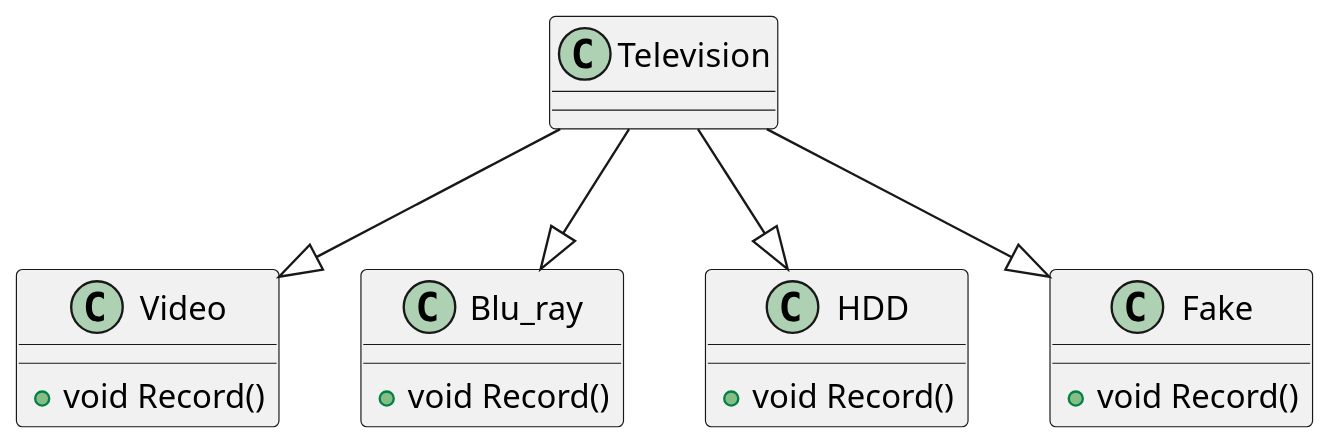
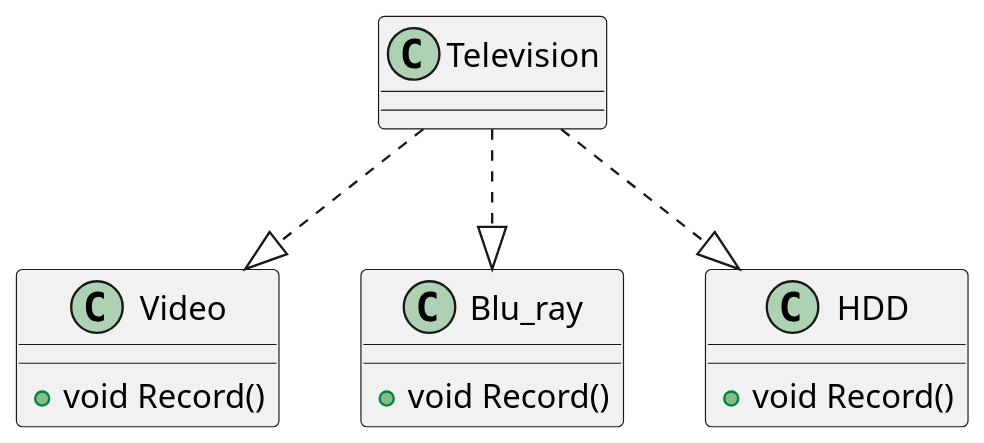
Before and after one commit to k2491p/DIP: the diagram in Doc/Bad.wsd, drawn with PlantUML. The commit also changed 9 other files, not shown here.

```diff
--- a/Doc/Bad.wsd
+++ b/Doc/Bad.wsd
@@ -1,36 +1,36 @@
 @startuml
 skinparam dpi 150
 
 'テレビクラス
 class Television {
 
 }
 
 'ビデオクラス
 class Video {
 	+void Record()
 }
 
 'ブルーレイクラス
 class Blu_ray {
 	+void Record()
 }
 
 'HDDクラス
 class HDD {
 	+void Record()
 }
 
 'Fakeクラス
-class Fake {
-	+void Record()
-}
+' class Fake {
+' 	+void Record()
+' }
 
 
 
 ' クラス間の関係
-Television --|> Video
-Television --|> Blu_ray
-Television --|> HDD
-Television --|> Fake
+Television ..|> Video
+Television ..|> Blu_ray
+Television ..|> HDD
+' Television ..|> Fake
 @enduml
```
